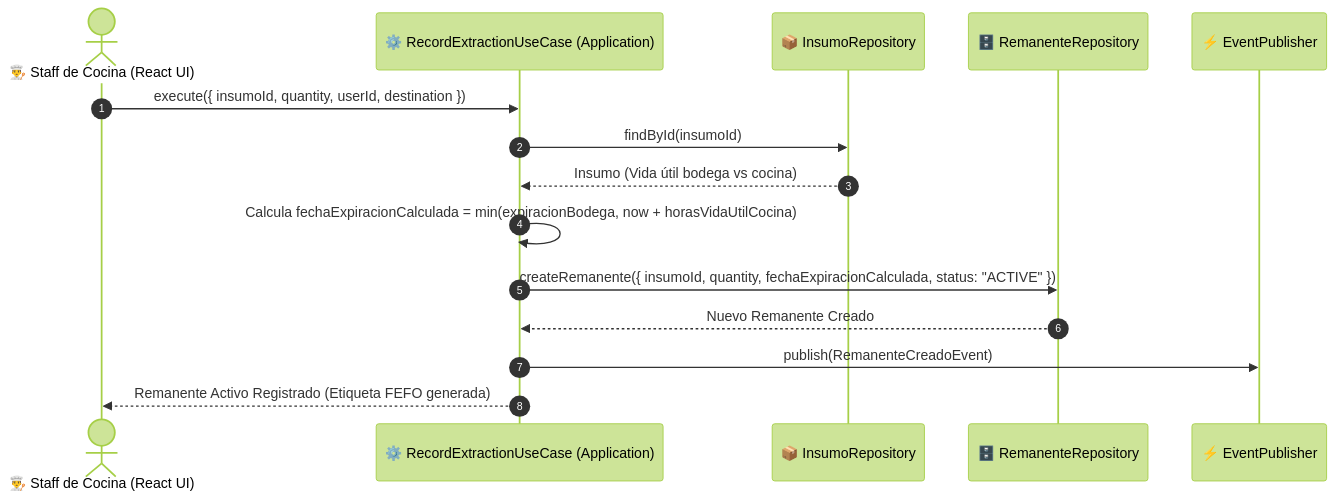
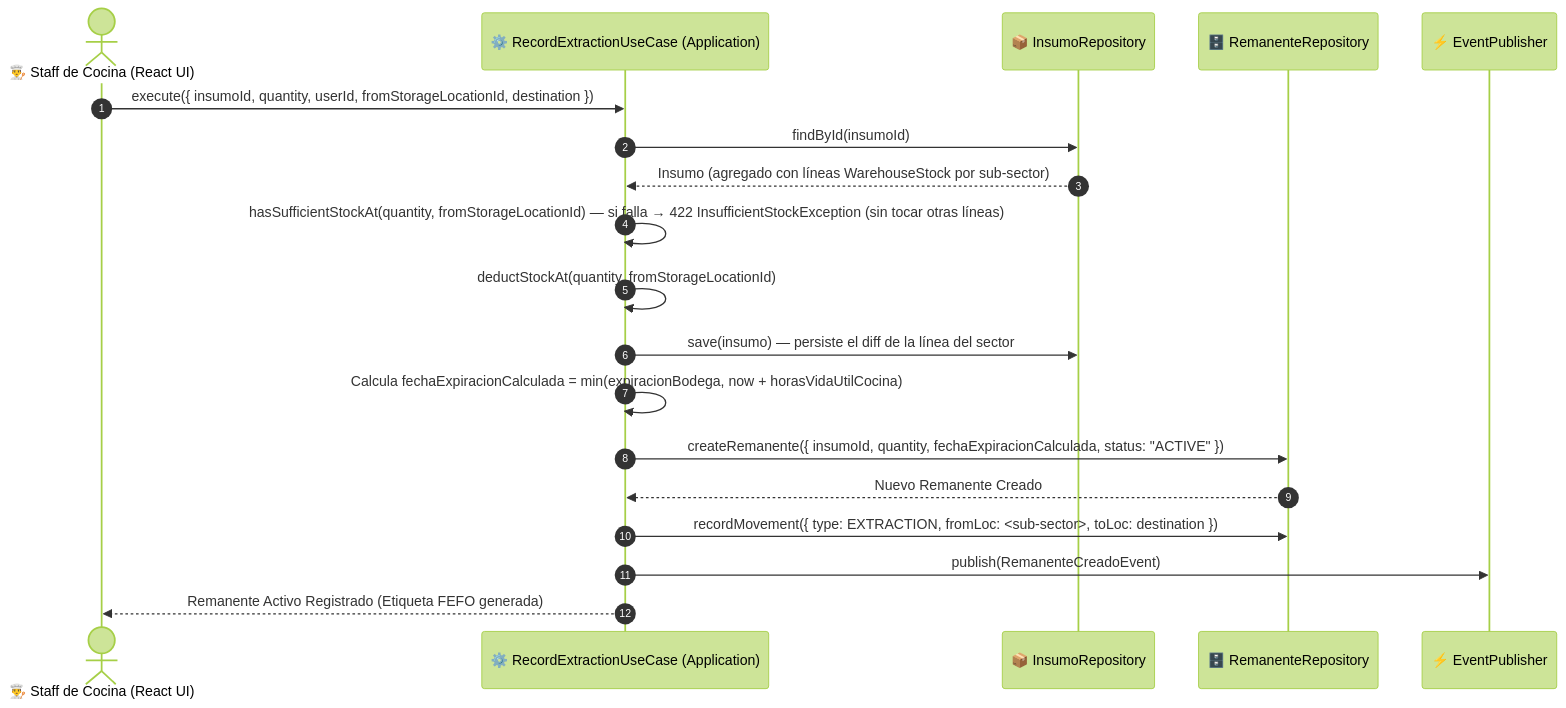
The eighth of 8 diagrams in docs/02_architecture_design/04_technical_design.md (LIDR-academy/AI4Devs-finalproject), drawn with Mermaid (forest theme) before and after one commit. The commit also changed other lines of this file and 19 other files, not shown here.

First line of the commit message:
docs(planning): US-025 warehouse multi-sub-sector stock + US-016 spec close [skip-tk]

````diff
--- a/docs/02_architecture_design/04_technical_design.md
+++ b/docs/02_architecture_design/04_technical_design.md
@@ -291,20 +291,24 @@
 ```mermaid
 sequenceDiagram
     autonumber
     actor Staff as 👨‍🍳 Staff de Cocina (React UI)
     participant UC as ⚙️ RecordExtractionUseCase (Application)
     participant InsumoRepo as 📦 InsumoRepository
     participant RemanenteRepo as 🗄️ RemanenteRepository
     participant EventBus as ⚡ EventPublisher
 
-    Staff->>UC: execute({ insumoId, quantity, userId, destination })
+    Staff->>UC: execute({ insumoId, quantity, userId, fromStorageLocationId, destination })
     UC->>InsumoRepo: findById(insumoId)
-    InsumoRepo-->>UC: Insumo (Vida útil bodega vs cocina)
-    
+    InsumoRepo-->>UC: Insumo (agregado con líneas WarehouseStock por sub-sector)
+
+    UC->>UC: hasSufficientStockAt(quantity, fromStorageLocationId) — si falla → 422 InsufficientStockException (sin tocar otras líneas)
+    UC->>UC: deductStockAt(quantity, fromStorageLocationId)
+    UC->>InsumoRepo: save(insumo) — persiste el diff de la línea del sector
     UC->>UC: Calcula fechaExpiracionCalculada = min(expiracionBodega, now + horasVidaUtilCocina)
     UC->>RemanenteRepo: createRemanente({ insumoId, quantity, fechaExpiracionCalculada, status: "ACTIVE" })
     RemanenteRepo-->>UC: Nuevo Remanente Creado
-    
+    UC->>RemanenteRepo: recordMovement({ type: EXTRACTION, fromLoc: <sub-sector>, toLoc: destination })
+
     UC->>EventBus: publish(RemanenteCreadoEvent)
     UC-->>Staff: Remanente Activo Registrado (Etiqueta FEFO generada)
 ```
````
